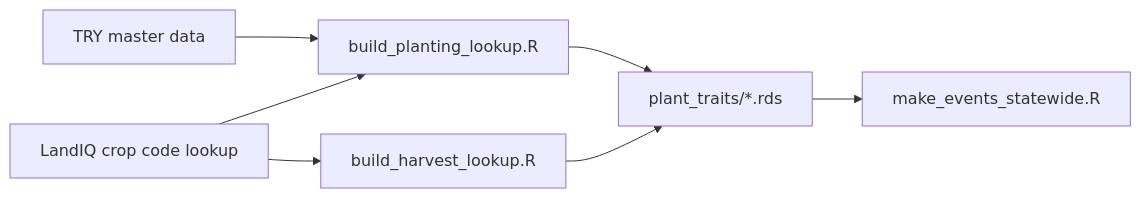
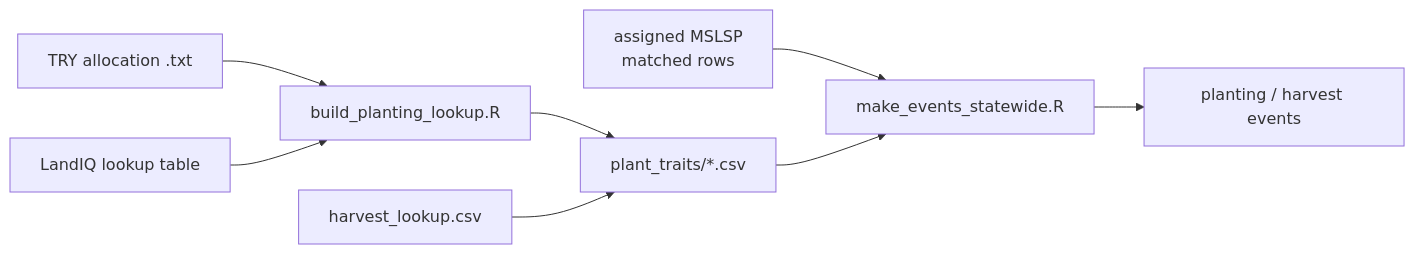
Before and after one commit to PecanProject/pecan: the diagram in modules/data.remote/inst/ccmmf/traits/README.md, drawn with Mermaid. The commit also changed other lines of this file and 6 other files, not shown here.

````diff
--- a/modules/data.remote/inst/ccmmf/traits/README.md
+++ b/modules/data.remote/inst/ccmmf/traits/README.md
@@ -11,9 +9,10 @@
 ```mermaid
 flowchart LR
-  TRY["TRY master data"] --> PL["build_planting_lookup.R"]
-  LIQ["LandIQ crop code lookup"] --> PL
-  LIQ --> HL["build_harvest_lookup.R"]
-  PL --> LK["plant_traits/*.rds"]
-  HL --> LK
-  LK --> EV["make_events_statewide.R"]
+  TRY["TRY allocation .txt"] --> PL["build_planting_lookup.R"]
+  LIQ["LandIQ lookup table"] --> PL
+  PL --> LK["plant_traits/*.csv"]
+  HV["harvest_lookup.csv"] --> LK
+  ASS["assigned MSLSP\nmatched rows"] --> EV["make_events_statewide.R"]
+  LK --> EV
+  EV --> OUT["planting / harvest events"]
 ```
````
